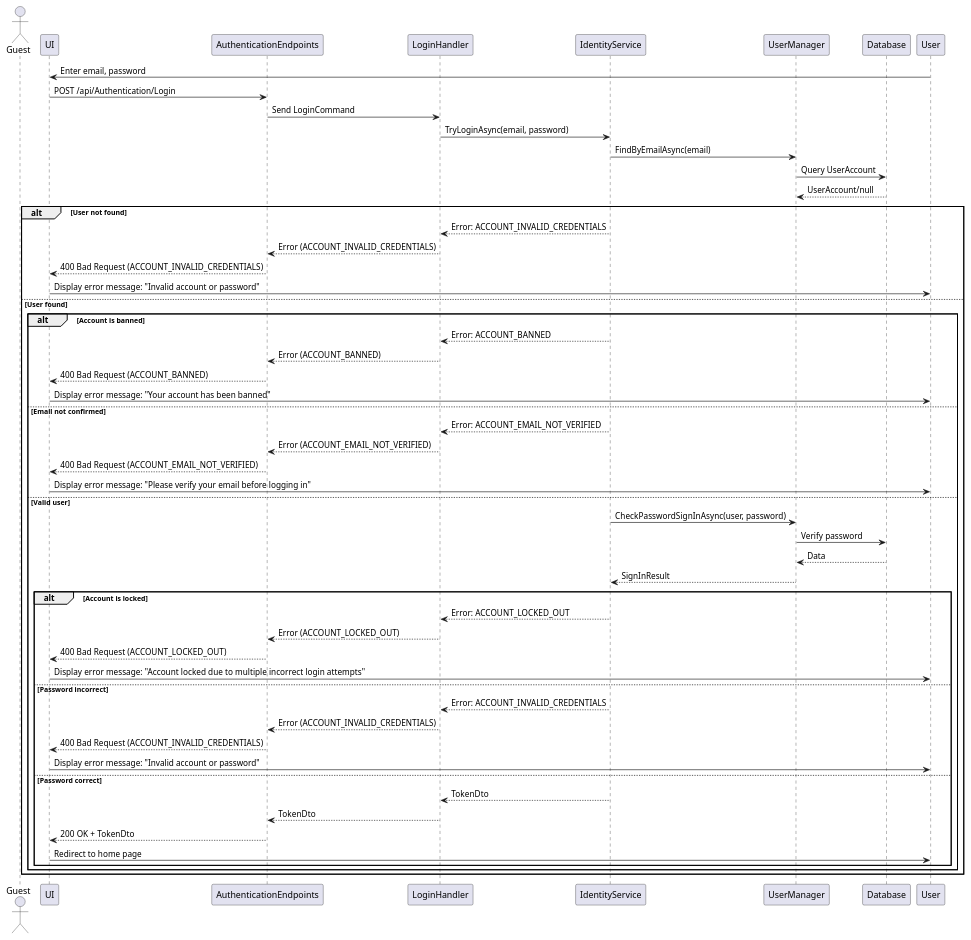
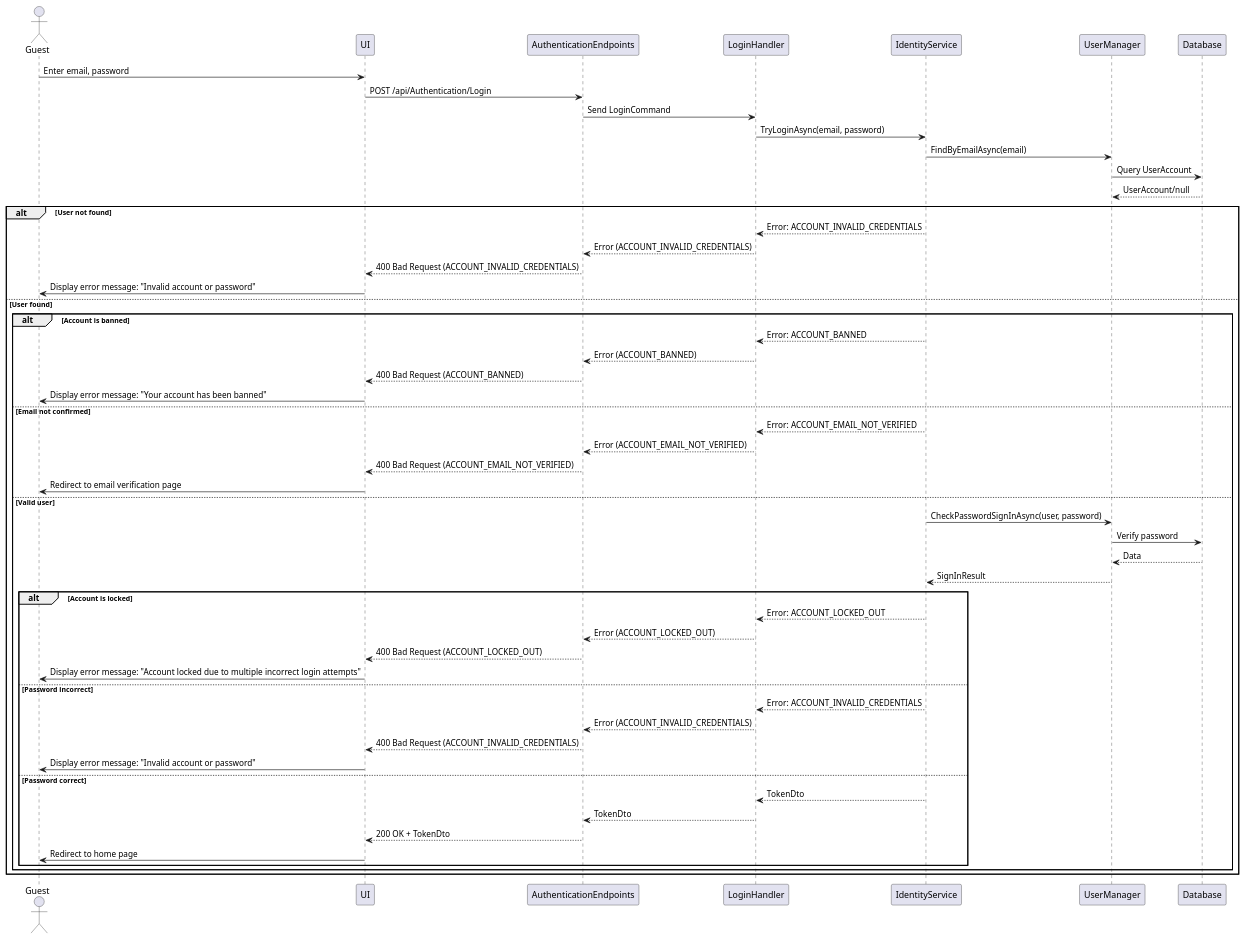
Before and after one commit to thanhkhac/SEP_Diagram: the diagram in authentication/Sequence/02_Login.puml, drawn with PlantUML. The commit also changed 6 other files, not shown here.

First line of the commit message:
Unify actor naming to 'Guest as User' in sequence diagrams

```diff
--- a/authentication/Sequence/02_Login.puml
+++ b/authentication/Sequence/02_Login.puml
@@ -1,57 +1,57 @@
 @startuml
-actor Guest
+actor Guest as User
 participant UI
 participant AuthenticationEndpoints
 participant LoginHandler
 participant IdentityService
 participant UserManager
 participant Database
 
 User -> UI : Enter email, password
 UI -> AuthenticationEndpoints : POST /api/Authentication/Login
 AuthenticationEndpoints -> LoginHandler : Send LoginCommand
 LoginHandler -> IdentityService : TryLoginAsync(email, password)
 IdentityService -> UserManager : FindByEmailAsync(email)
 UserManager -> Database : Query UserAccount
 Database --> UserManager : UserAccount/null
 alt User not found
     IdentityService --> LoginHandler : Error: ACCOUNT_INVALID_CREDENTIALS
     LoginHandler --> AuthenticationEndpoints : Error (ACCOUNT_INVALID_CREDENTIALS)
     AuthenticationEndpoints --> UI : 400 Bad Request (ACCOUNT_INVALID_CREDENTIALS)
     UI -> User : Display error message: "Invalid account or password"
 else User found
     alt Account is banned
         IdentityService --> LoginHandler : Error: ACCOUNT_BANNED
         LoginHandler --> AuthenticationEndpoints : Error (ACCOUNT_BANNED)
         AuthenticationEndpoints --> UI : 400 Bad Request (ACCOUNT_BANNED)
         UI -> User : Display error message: "Your account has been banned"
     else Email not confirmed
         IdentityService --> LoginHandler : Error: ACCOUNT_EMAIL_NOT_VERIFIED
         LoginHandler --> AuthenticationEndpoints : Error (ACCOUNT_EMAIL_NOT_VERIFIED)
         AuthenticationEndpoints --> UI : 400 Bad Request (ACCOUNT_EMAIL_NOT_VERIFIED)
-        UI -> User : Display error message: "Please verify your email before logging in"
+        UI -> User : Redirect to email verification page
     else Valid user
         IdentityService -> UserManager : CheckPasswordSignInAsync(user, password)
         UserManager -> Database : Verify password
         Database --> UserManager : Data
         UserManager --> IdentityService : SignInResult
 
         alt Account is locked
             IdentityService --> LoginHandler : Error: ACCOUNT_LOCKED_OUT
             LoginHandler --> AuthenticationEndpoints : Error (ACCOUNT_LOCKED_OUT)
             AuthenticationEndpoints --> UI : 400 Bad Request (ACCOUNT_LOCKED_OUT)
             UI -> User : Display error message: "Account locked due to multiple incorrect login attempts"
         else Password incorrect
             IdentityService --> LoginHandler : Error: ACCOUNT_INVALID_CREDENTIALS
             LoginHandler --> AuthenticationEndpoints : Error (ACCOUNT_INVALID_CREDENTIALS)
             AuthenticationEndpoints --> UI : 400 Bad Request (ACCOUNT_INVALID_CREDENTIALS)
             UI -> User : Display error message: "Invalid account or password"
         else Password correct
             IdentityService --> LoginHandler : TokenDto
             LoginHandler --> AuthenticationEndpoints : TokenDto
             AuthenticationEndpoints --> UI : 200 OK + TokenDto
             UI -> User : Redirect to home page
         end
     end
 end
 @enduml
```
